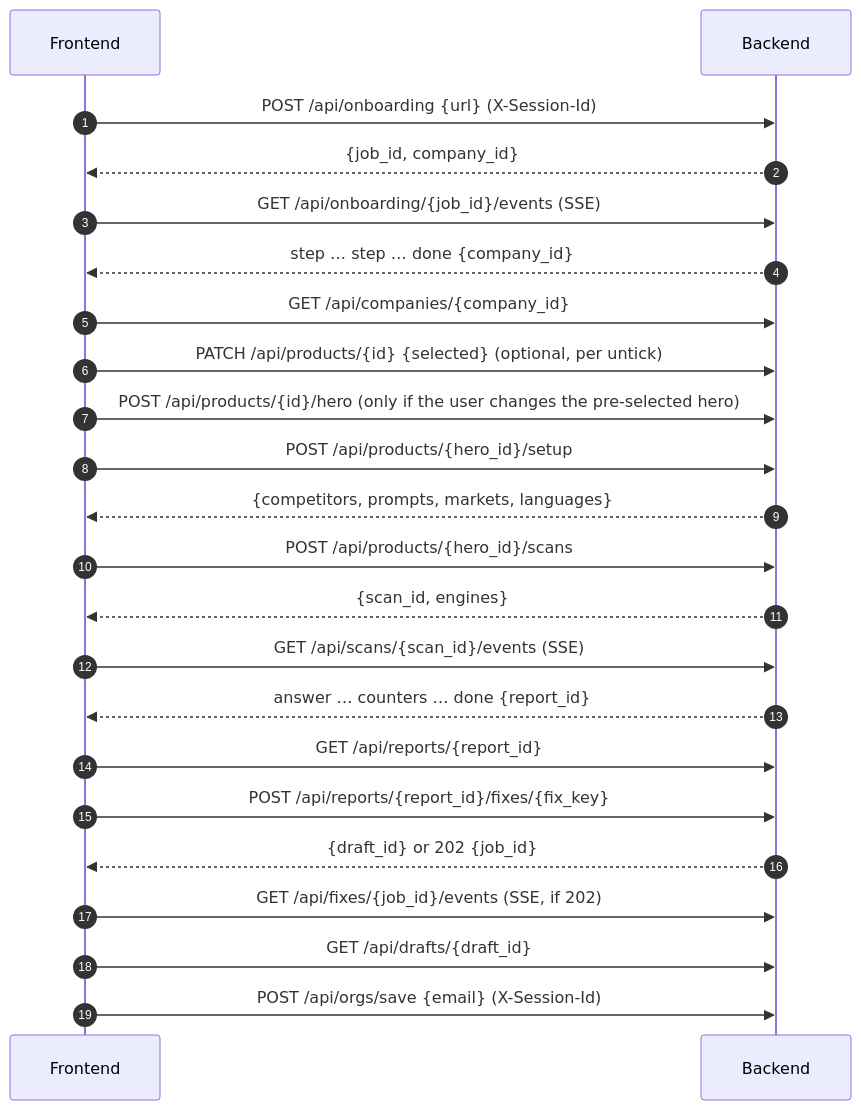
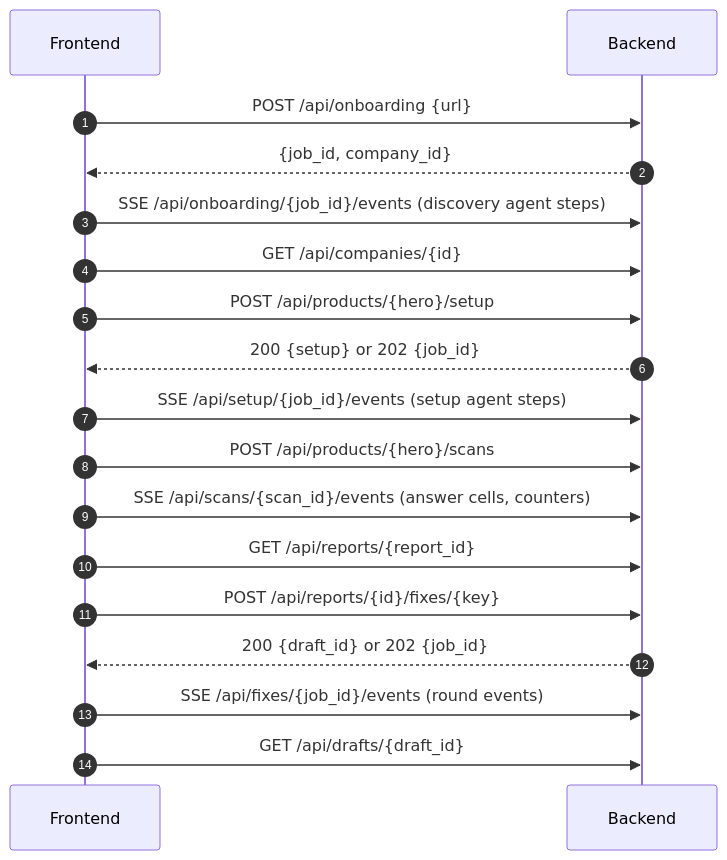
Before and after one commit to Yan-Sidoryk/Aeon: the second of 3 diagrams in docs/architecture.md, drawn with Mermaid. The commit also changed other lines of this file and 37 other files, not shown here.

````diff
--- a/docs/architecture.md
+++ b/docs/architecture.md
@@ -59,25 +54,20 @@
 ```mermaid
 sequenceDiagram
   autonumber
   participant FE as Frontend
   participant API as Backend
-  FE->>API: POST /api/onboarding {url}  (X-Session-Id)
+  FE->>API: POST /api/onboarding {url}
   API-->>FE: {job_id, company_id}
-  FE->>API: GET /api/onboarding/{job_id}/events (SSE)
-  API-->>FE: step … step … done {company_id}
-  FE->>API: GET /api/companies/{company_id}
-  FE->>API: PATCH /api/products/{id} {selected}  (optional, per untick)
-  FE->>API: POST /api/products/{id}/hero  (only if the user changes the pre-selected hero)
-  FE->>API: POST /api/products/{hero_id}/setup
-  API-->>FE: {competitors, prompts, markets, languages}
-  FE->>API: POST /api/products/{hero_id}/scans
-  API-->>FE: {scan_id, engines}
-  FE->>API: GET /api/scans/{scan_id}/events (SSE)
-  API-->>FE: answer … counters … done {report_id}
+  FE->>API: SSE /api/onboarding/{job_id}/events (discovery agent steps)
+  FE->>API: GET /api/companies/{id}
+  FE->>API: POST /api/products/{hero}/setup
+  API-->>FE: 200 {setup} or 202 {job_id}
+  FE->>API: SSE /api/setup/{job_id}/events (setup agent steps)
+  FE->>API: POST /api/products/{hero}/scans
+  FE->>API: SSE /api/scans/{scan_id}/events (answer cells, counters)
   FE->>API: GET /api/reports/{report_id}
-  FE->>API: POST /api/reports/{report_id}/fixes/{fix_key}
-  API-->>FE: {draft_id} or 202 {job_id}
-  FE->>API: GET /api/fixes/{job_id}/events (SSE, if 202)
+  FE->>API: POST /api/reports/{id}/fixes/{key}
+  API-->>FE: 200 {draft_id} or 202 {job_id}
+  FE->>API: SSE /api/fixes/{job_id}/events (round events)
   FE->>API: GET /api/drafts/{draft_id}
-  FE->>API: POST /api/orgs/save {email}  (X-Session-Id)
 ```
````
